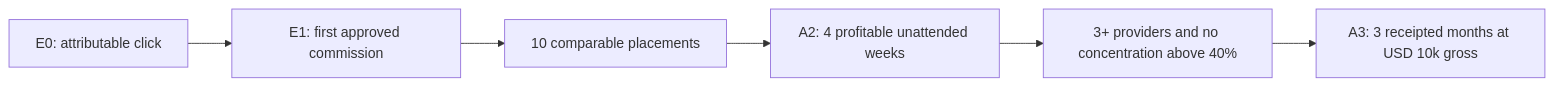
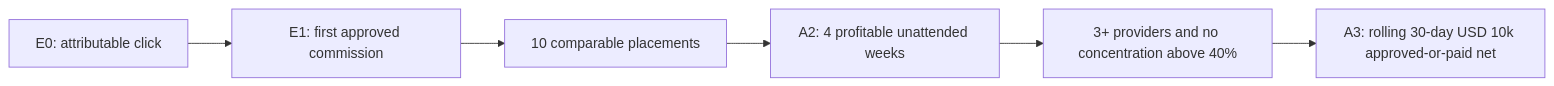
The eighth of 11 diagrams in docs/affiliate-agent/AFFILIATE-AGENT-SSOT.md (Daisuke134/anicca), drawn with Mermaid before and after one commit. The commit also changed other lines of this file and 1 other file, not shown here.

````diff
--- a/docs/affiliate-agent/AFFILIATE-AGENT-SSOT.md
+++ b/docs/affiliate-agent/AFFILIATE-AGENT-SSOT.md
@@ -1033,8 +1051,8 @@
 ```mermaid
 flowchart LR
   E0[E0: attributable click] --> E1[E1: first approved commission]
   E1 --> P10[10 comparable placements]
   P10 --> A2[A2: 4 profitable unattended weeks]
   A2 --> D[3+ providers and no concentration above 40%]
-  D --> A3[A3: 3 receipted months at USD 10k gross]
+  D --> A3[A3: rolling 30-day USD 10k approved-or-paid net]
 ```
````
